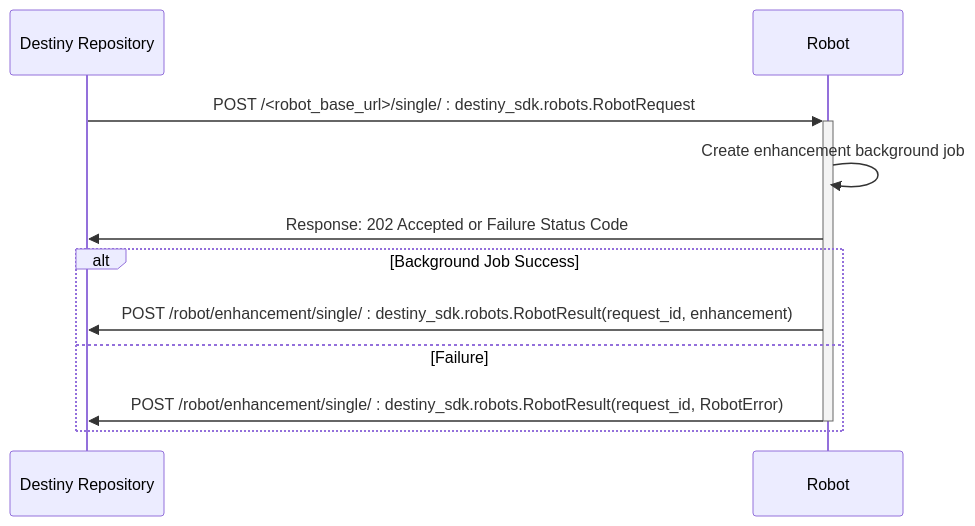
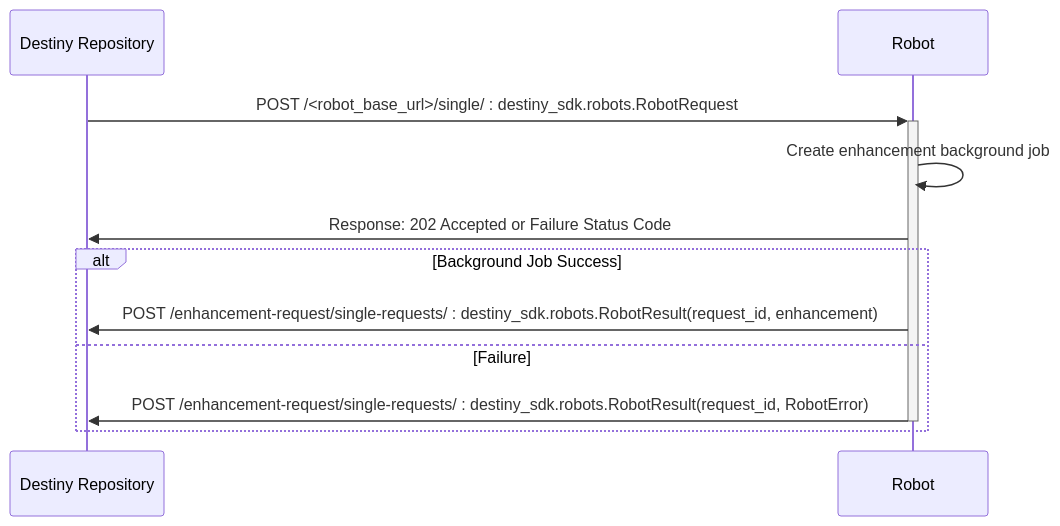
The first of 2 diagrams in README.md (destiny-evidence/fetch-abstracts-robot), drawn with Mermaid before and after one commit. The commit also changed other lines of this file and 2 other files, not shown here.

Commit message:
upgrade destiny sdk to v0.2

````diff
--- a/README.md
+++ b/README.md
@@ -55,13 +55,13 @@
 ```mermaid
     sequenceDiagram
         participant Destiny Repository
         participant Robot
         Destiny Repository->>+Robot: POST /<robot_base_url>/single/ : destiny_sdk.robots.RobotRequest
         Robot->>Robot: Create enhancement background job
         Robot->>Destiny Repository: Response: 202 Accepted or Failure Status Code
         alt Background Job Success
-            Robot->>Destiny Repository: POST /robot/enhancement/single/ : destiny_sdk.robots.RobotResult(request_id, enhancement)
+            Robot->>Destiny Repository: POST /enhancement-request/single-requests/ : destiny_sdk.robots.RobotResult(request_id, enhancement)
         else Failure
-            Robot->>-Destiny Repository: POST /robot/enhancement/single/ : destiny_sdk.robots.RobotResult(request_id, RobotError)
+            Robot->>-Destiny Repository: POST /enhancement-request/single-requests/ : destiny_sdk.robots.RobotResult(request_id, RobotError)
         end
 ```
````
